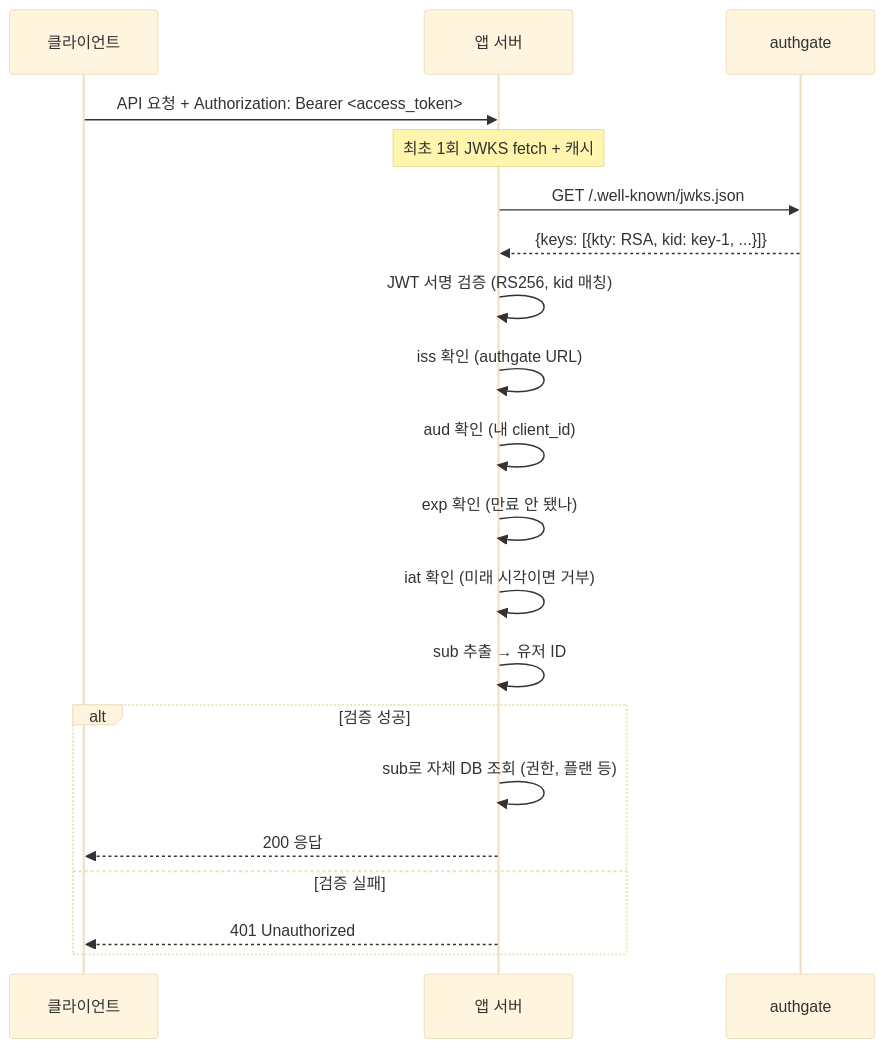
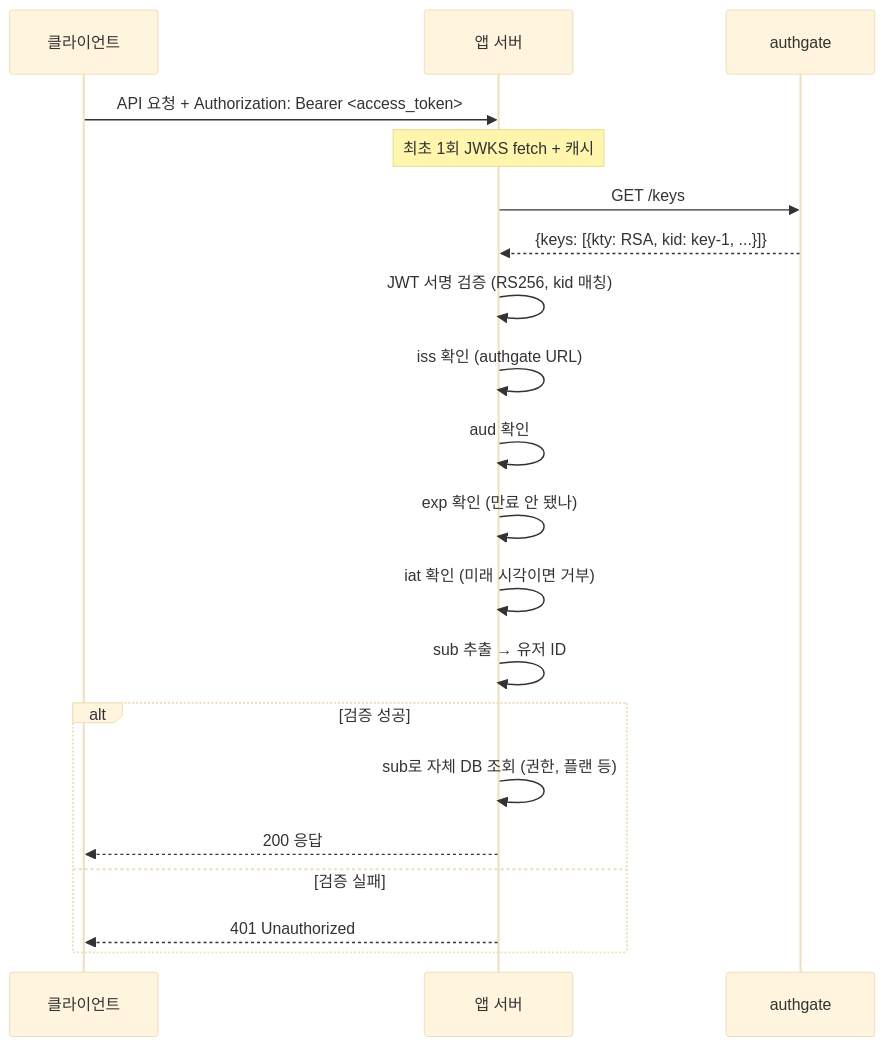
One commit to cagojeiger/authgate changed the third of 4 diagrams in docs/spec/005-token-lifecycle.md. Above: the diagram before and after it, drawn with Mermaid (base theme). The commit also changed other lines of this file and 26 other files, not shown here.

````diff
--- a/docs/spec/005-token-lifecycle.md
+++ b/docs/spec/005-token-lifecycle.md
@@ -143,26 +139,26 @@
 ```mermaid
 sequenceDiagram
     participant Client as 클라이언트
     participant App as 앱 서버
     participant AG as authgate
 
     Client->>App: API 요청 + Authorization: Bearer <access_token>
 
     Note over App: 최초 1회 JWKS fetch + 캐시
-    App->>AG: GET /.well-known/jwks.json
+    App->>AG: GET /keys
     AG-->>App: {keys: [{kty: RSA, kid: key-1, ...}]}
 
     App->>App: JWT 서명 검증 (RS256, kid 매칭)
     App->>App: iss 확인 (authgate URL)
-    App->>App: aud 확인 (내 client_id)
+    App->>App: aud 확인
     App->>App: exp 확인 (만료 안 됐나)
     App->>App: iat 확인 (미래 시각이면 거부)
     App->>App: sub 추출 → 유저 ID
 
     alt 검증 성공
         App->>App: sub로 자체 DB 조회 (권한, 플랜 등)
         App-->>Client: 200 응답
     else 검증 실패
         App-->>Client: 401 Unauthorized
     end
 ```
````
